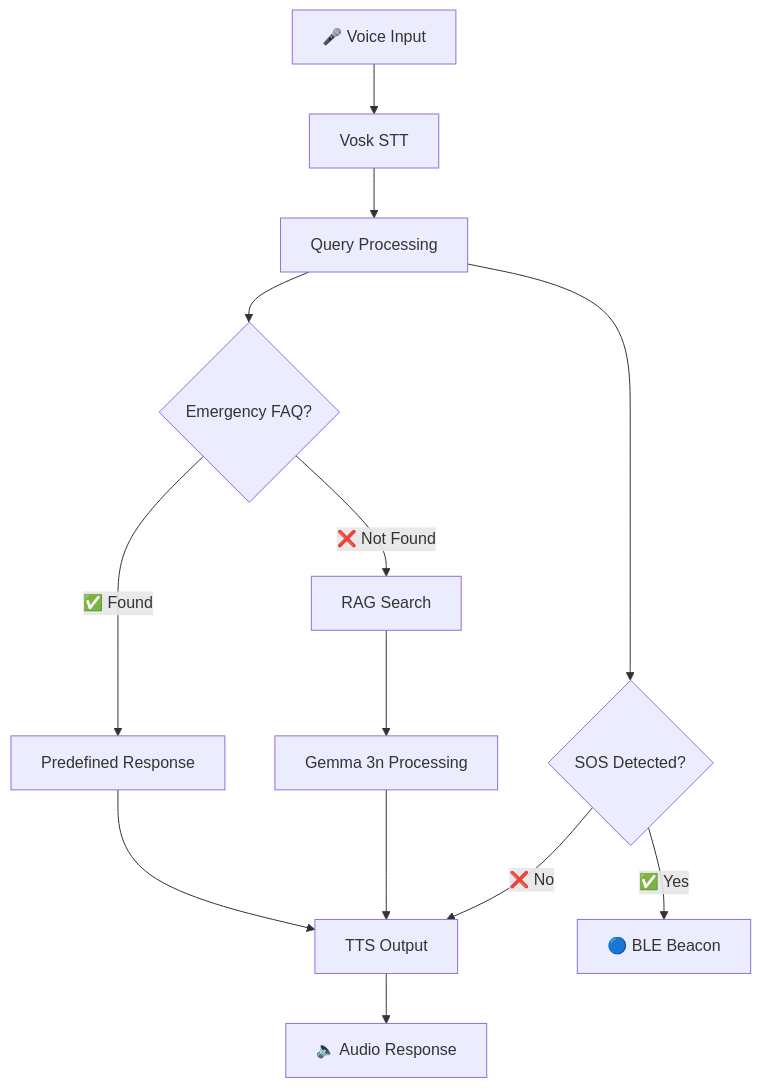
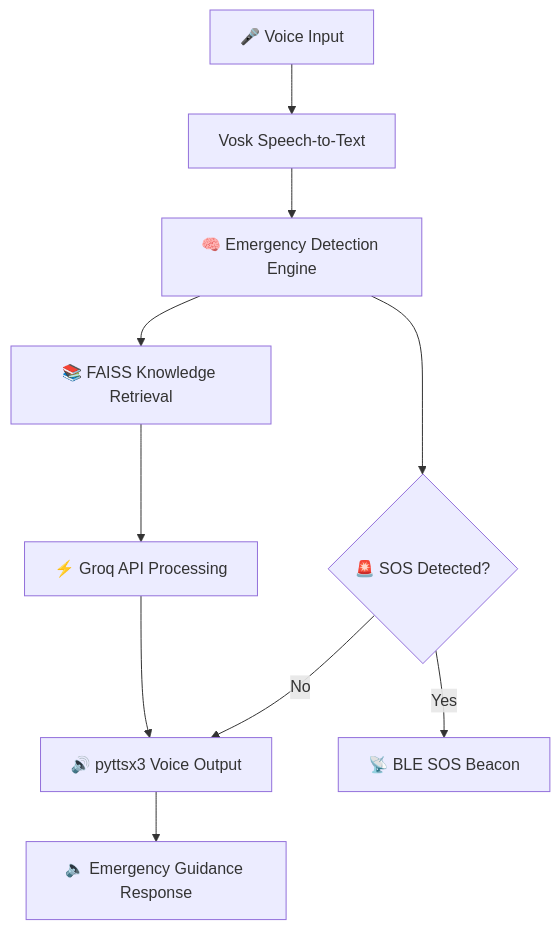
The diagram in README.md (Manvithgowda1/desister), drawn with Mermaid before and after one commit. The commit also changed other lines of this file, not shown here.

````diff
--- a/README.md
+++ b/README.md
@@ -78,15 +96,12 @@
 ```mermaid
 graph TD
-    A[🎤 Voice Input] --> B[Vosk STT]
-    B --> C[Query Processing]
-    C --> D{Emergency FAQ?}
-    D -->|✅ Found| E[Predefined Response]
-    D -->|❌ Not Found| F[RAG Search]
-    F --> G[Gemma 3n Processing]
-    E --> H[TTS Output]
-    G --> H
-    C --> I{SOS Detected?}
-    I -->|✅ Yes| J[🔵 BLE Beacon]
-    I -->|❌ No| H
-    H --> K[🔈 Audio Response]
+    A[🎤 Voice Input] --> B[Vosk Speech-to-Text]
+    B --> C[🧠 Emergency Detection Engine]
+    C --> D[📚 FAISS Knowledge Retrieval]
+    D --> E[⚡ Groq API Processing]
+    E --> F[🔊 pyttsx3 Voice Output]
+    C --> G{🚨 SOS Detected?}
+    G -->|Yes| H[📡 BLE SOS Beacon]
+    G -->|No| F
+    F --> I[🔈 Emergency Guidance Response]
 ```
````
